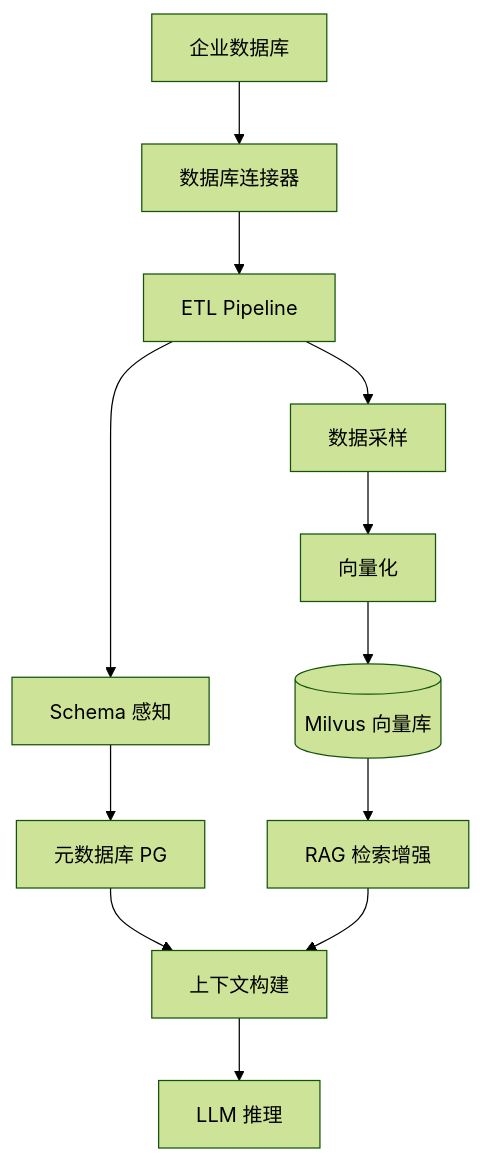
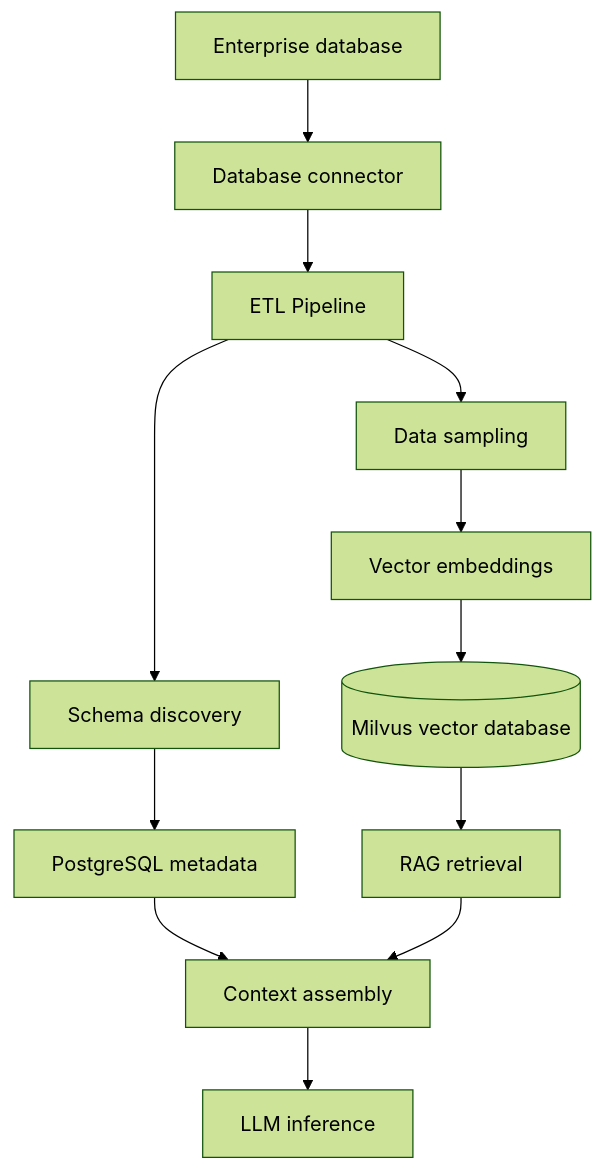
One commit to LAnthonyJ/datalens-lab changed the fourth of 8 diagrams in Q2_architecture.md. Above: the diagram before and after it, drawn with Mermaid (forest theme). The commit also changed other lines of this file and 11 other files, not shown here.

````diff
--- a/Q2_architecture.md
+++ b/Q2_architecture.md
@@ -150,14 +121,14 @@
 ```mermaid
 graph TB
-    DB[企业数据库] --> CONN[数据库连接器]
+    DB[Enterprise database] --> CONN[Database connector]
     CONN --> ETL[ETL Pipeline]
-    ETL --> SCHEMA[Schema 感知]
-    ETL --> SAMPLE[数据采样]
-    SCHEMA --> META[元数据库 PG]
-    SAMPLE --> VEC[向量化]
-    VEC --> MILVUS[(Milvus 向量库)]
-    MILVUS --> RAG[RAG 检索增强]
-    META --> CTX[上下文构建]
+    ETL --> SCHEMA[Schema discovery]
+    ETL --> SAMPLE[Data sampling]
+    SCHEMA --> META[PostgreSQL metadata]
+    SAMPLE --> VEC[Vector embeddings]
+    VEC --> MILVUS[(Milvus vector database)]
+    MILVUS --> RAG[RAG retrieval]
+    META --> CTX[Context assembly]
     RAG --> CTX
-    CTX --> LLM[LLM 推理]
+    CTX --> LLM[LLM inference]
 ```
````
